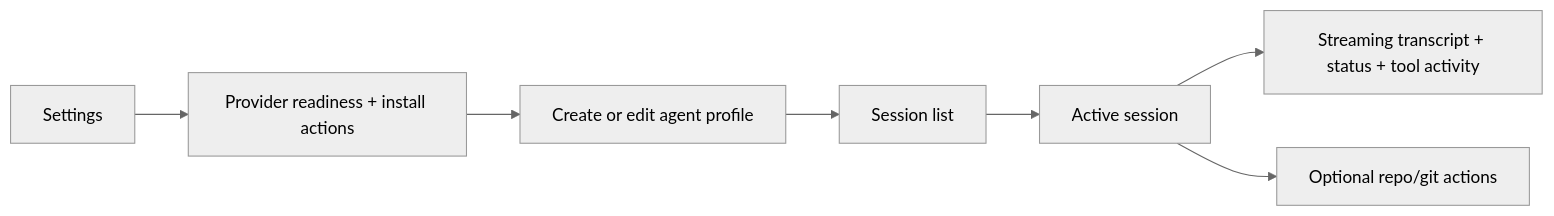
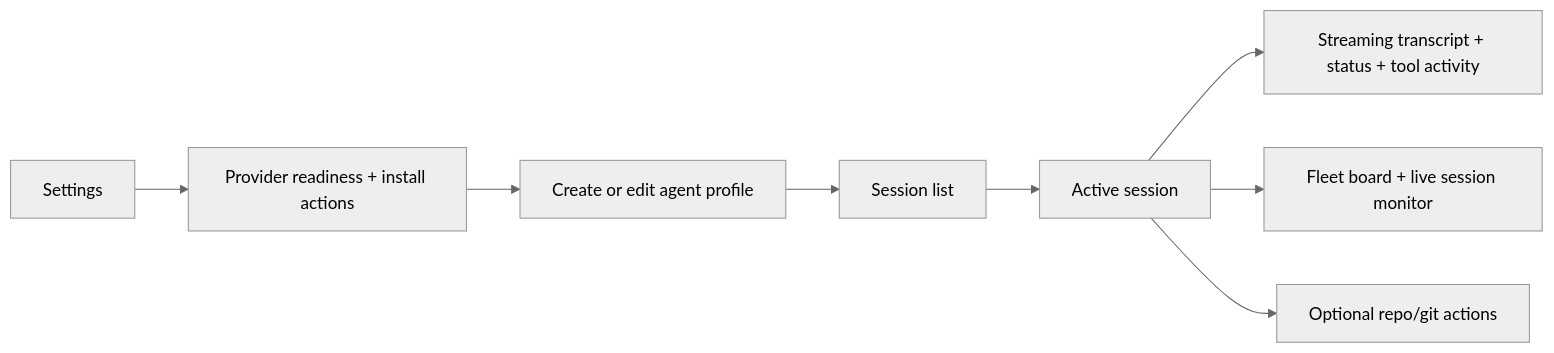
Before and after one commit to managedcode/dotPilot: the second of 4 diagrams in docs/Architecture.md, drawn with Mermaid (neutral theme). The commit also changed other lines of this file and 17 other files, not shown here.

Commit message:
Add fleet board live session monitor

````diff
--- a/docs/Architecture.md
+++ b/docs/Architecture.md
@@ -52,17 +52,19 @@
 ```mermaid
 flowchart LR
   Settings["Settings"]
   Providers["Provider readiness + install actions"]
   AgentCreate["Create or edit agent profile"]
   SessionList["Session list"]
   Session["Active session"]
   Stream["Streaming transcript + status + tool activity"]
+  Fleet["Fleet board + live session monitor"]
   Git["Optional repo/git actions"]
 
   Settings --> Providers
   Providers --> AgentCreate
   AgentCreate --> SessionList
   SessionList --> Session
   Session --> Stream
+  Session --> Fleet
   Session --> Git
 ```
````
